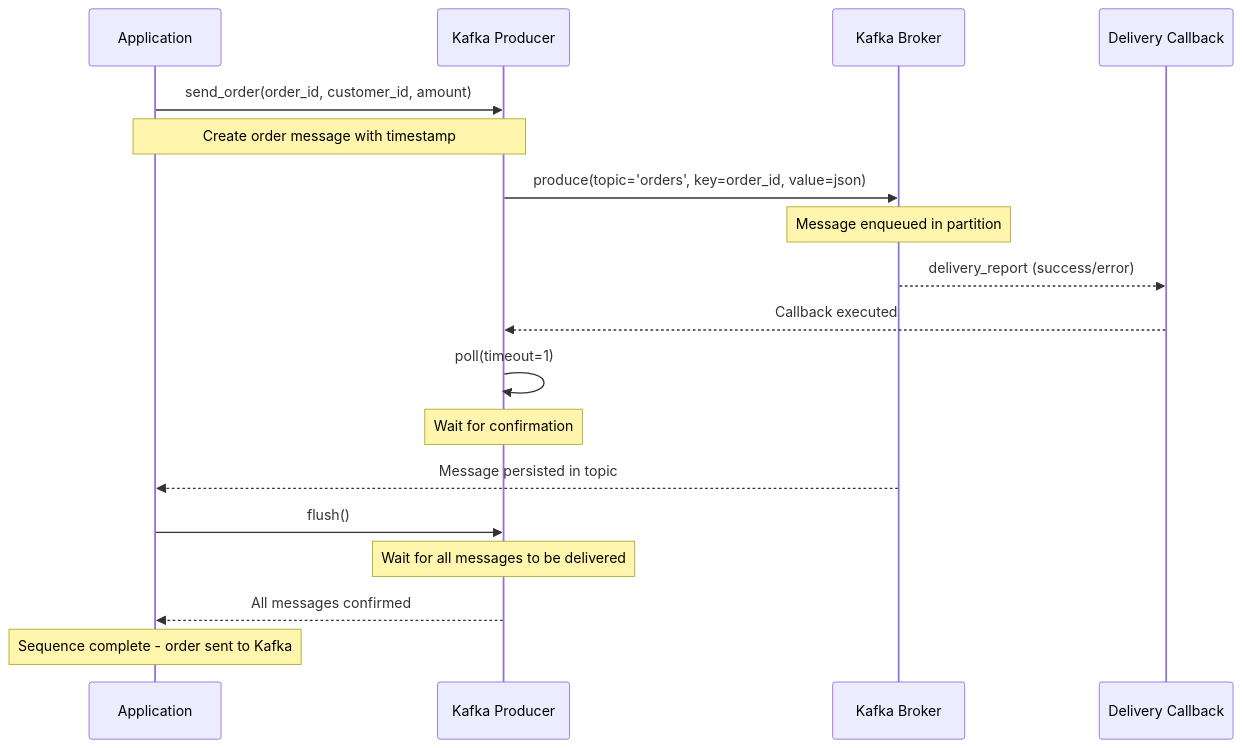
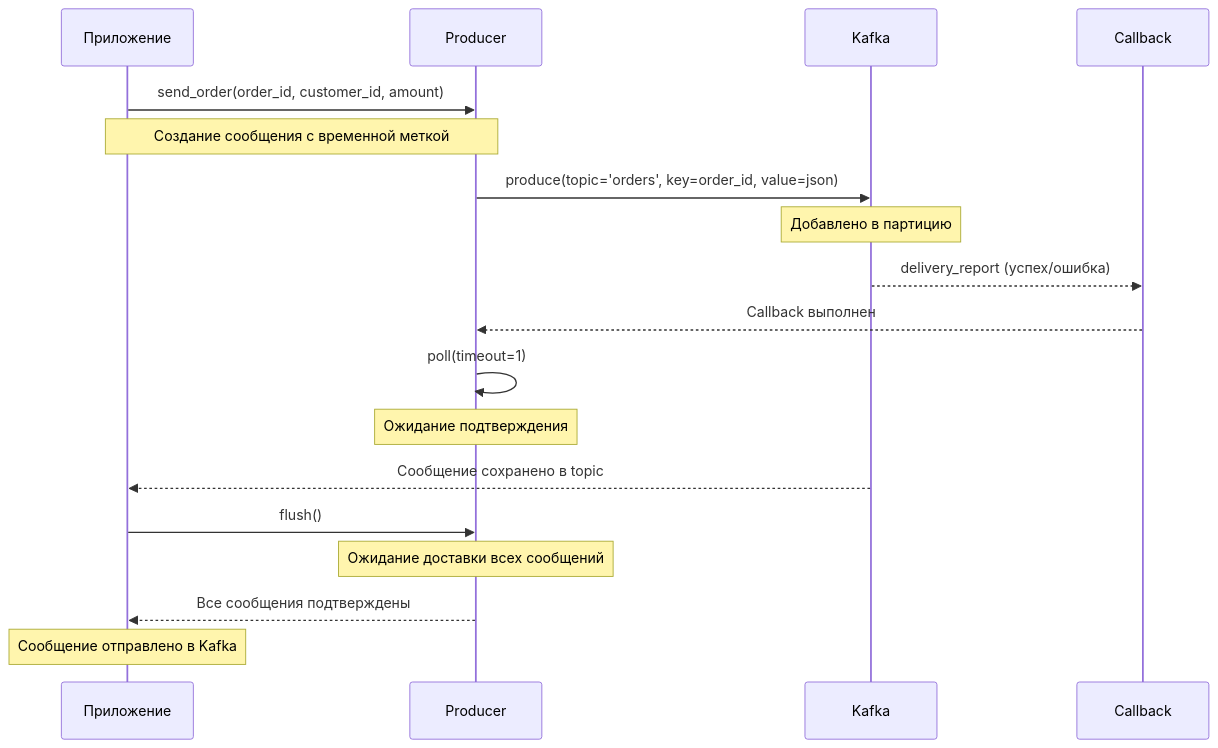
One commit to J4mes0n-04/broker-messaging-demo changed the diagram in broker-messaging-demo/diagrams/01-producer-flow.mmd. Above: the diagram before and after it, drawn with Mermaid. The commit also changed 4 other files, not shown here.

Commit message:
Update diagrams: producer, consumer, end-to-end, integration test, and system architecture flows

```diff
--- a/broker-messaging-demo/diagrams/01-producer-flow.mmd
+++ b/broker-messaging-demo/diagrams/01-producer-flow.mmd
@@ -1,24 +1,24 @@
 sequenceDiagram
-    participant App as Application
-    participant Producer as Kafka Producer
-    participant Kafka as Kafka Broker
-    participant Callback as Delivery Callback
+    participant App as Приложение
+    participant Producer as Producer
+    participant Kafka as Kafka
+    participant Callback as Callback
 
     App->>Producer: send_order(order_id, customer_id, amount)
-    Note over App,Producer: Create order message with timestamp
+    Note over App,Producer: Создание сообщения с временной меткой
 
     Producer->>Kafka: produce(topic='orders', key=order_id, value=json)
-    Note over Kafka: Message enqueued in partition
+    Note over Kafka: Добавлено в партицию
 
-    Kafka-->>Callback: delivery_report (success/error)
-    Callback-->>Producer: Callback executed
+    Kafka-->>Callback: delivery_report (успех/ошибка)
+    Callback-->>Producer: Callback выполнен
     Producer->>Producer: poll(timeout=1)
-    Note over Producer: Wait for confirmation
+    Note over Producer: Ожидание подтверждения
 
-    Kafka-->>App: Message persisted in topic
+    Kafka-->>App: Сообщение сохранено в topic
 
     App->>Producer: flush()
-    Note over Producer: Wait for all messages to be delivered
-    Producer-->>App: All messages confirmed
+    Note over Producer: Ожидание доставки всех сообщений
+    Producer-->>App: Все сообщения подтверждены
 
-    Note over App: Sequence complete - order sent to Kafka
+    Note over App: Сообщение отправлено в Kafka
```
